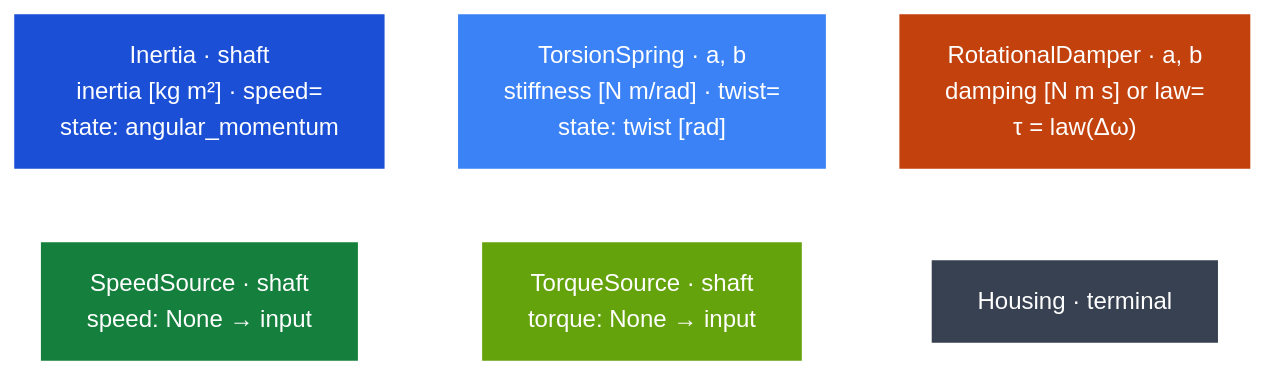
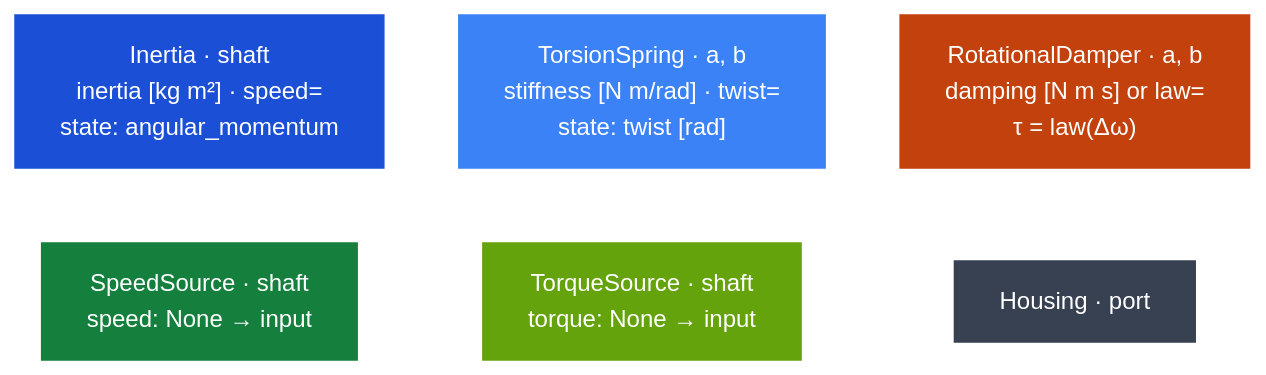
One commit to otwin-core/otwin changed the fifth of 11 diagrams in COMPONENTS.md. Above: the diagram before and after it, drawn with Mermaid. The commit also changed other lines of this file and 57 other files, not shown here.

````diff
--- a/COMPONENTS.md
+++ b/COMPONENTS.md
@@ -241,17 +242,17 @@
 ```mermaid
 flowchart LR
     classDef as fill:#1a4fd6,color:#fff,stroke:#1a4fd6
     classDef ts fill:#3b82f6,color:#fff,stroke:#3b82f6
     classDef rs fill:#c2410c,color:#fff,stroke:#c2410c
     classDef ax fill:#15803d,color:#fff,stroke:#15803d
     classDef tx fill:#65a30d,color:#fff,stroke:#65a30d
     classDef rf fill:#374151,color:#fff,stroke:#374151
     R1["Inertia · shaft<br/>inertia [kg m²] · speed=<br/>state: angular_momentum"]:::as
     R2["TorsionSpring · a, b<br/>stiffness [N m/rad] · twist=<br/>state: twist [rad]"]:::ts
     R3["RotationalDamper · a, b<br/>damping [N m s] or law=<br/>τ = law(Δω)"]:::rs
     R4["SpeedSource · shaft<br/>speed: None → input"]:::ax
     R5["TorqueSource · shaft<br/>torque: None → input"]:::tx
-    R6["Housing · terminal"]:::rf
+    R6["Housing · port"]:::rf
     R1 ~~~ R2 ~~~ R3
     R4 ~~~ R5 ~~~ R6
 ```
````
